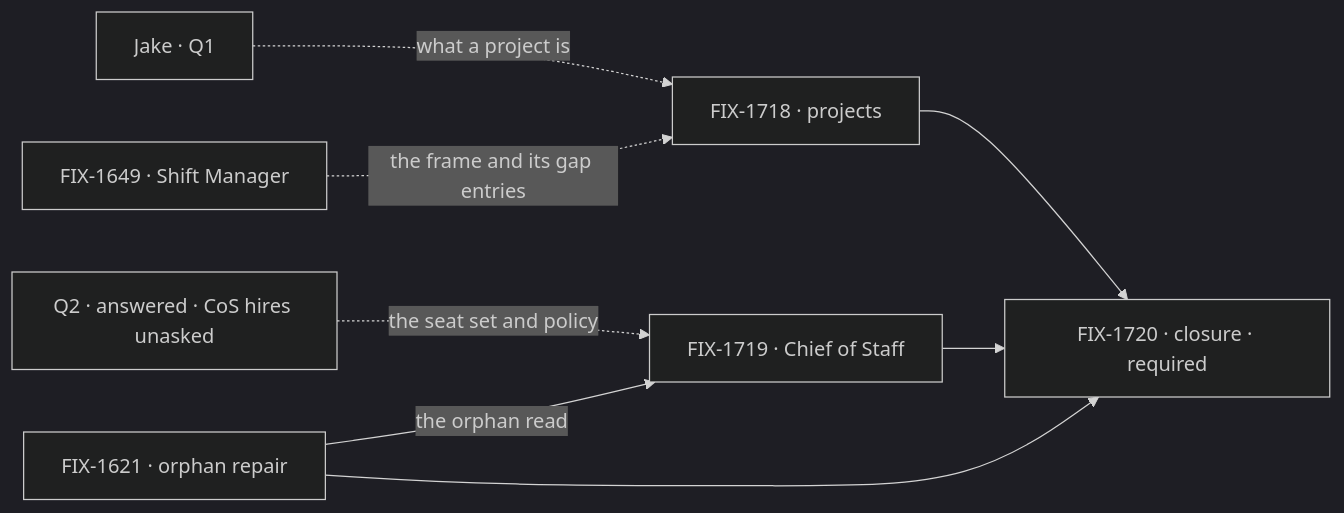
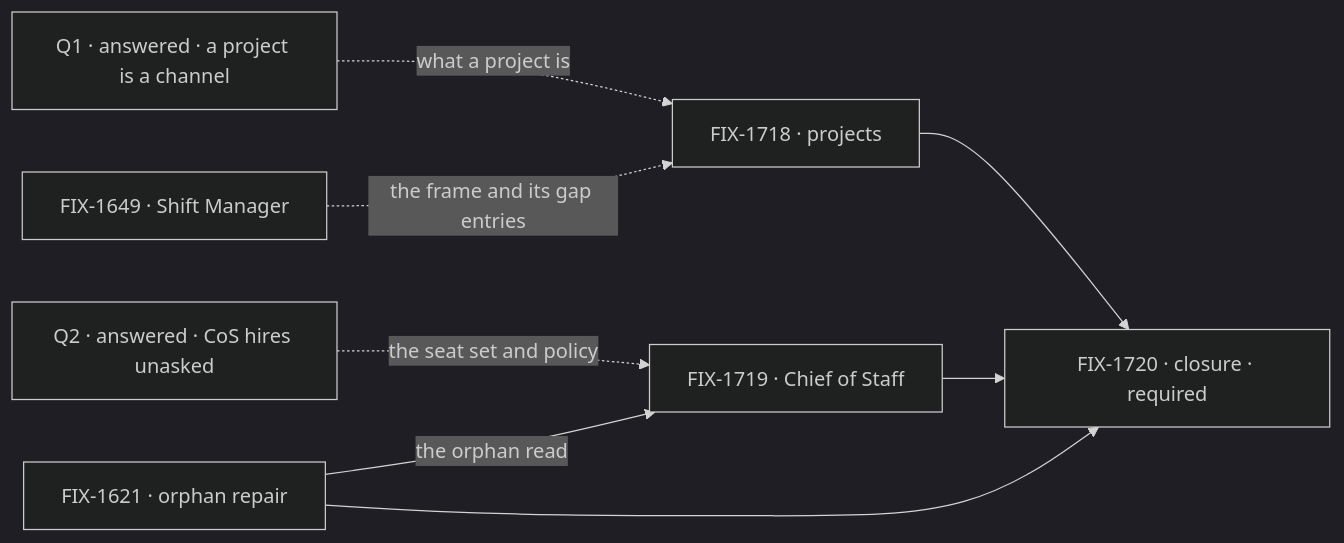
Before and after one commit to fixpoint-labs/flow-state-dev: the second of 2 diagrams in specs/epics/FIX-1650/SPEC.md, drawn with Mermaid (dark theme). The commit also changed other lines of this file and 8 other files, not shown here.

First line of the commit message:
spec(epic): FIX-1650 amend — Q1 answered: a project is a channel (Jake)

````diff
--- a/specs/epics/FIX-1650/SPEC.md
+++ b/specs/epics/FIX-1650/SPEC.md
@@ -81,10 +81,10 @@
 ```mermaid
 flowchart LR
-  Q["Jake · Q1"] -.->|"what a project is"| A["FIX-1718 · projects"]
+  Q["Q1 · answered · a project is a channel"] -.->|"what a project is"| A["FIX-1718 · projects"]
   Q2["Q2 · answered · CoS hires unasked"] -.->|"the seat set and policy"| B["FIX-1719 · Chief of Staff"]
   R["FIX-1621 · orphan repair"] -->|"the orphan read"| B
   A --> Z["FIX-1720 · closure · required"]
   R --> Z
   B --> Z
   S["FIX-1649 · Shift Manager"] -.->|"the frame and its gap entries"| A
 ```
````
